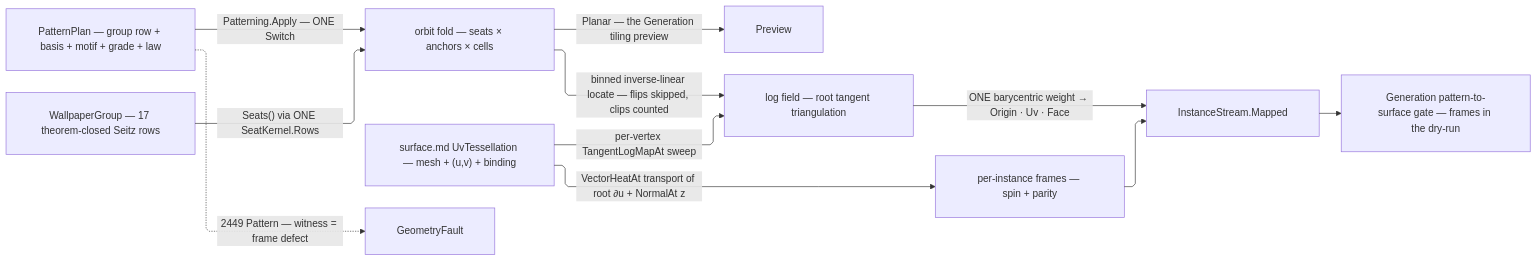
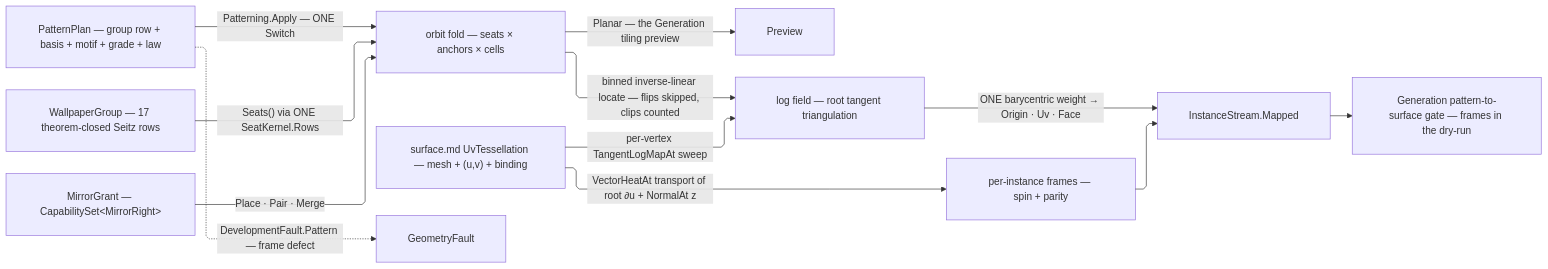
The diagram in libs/csharp/Rasm/.planning/Parametric/patternmap.md (bsamiee/Rasm), drawn with Mermaid before and after one commit. The commit also changed other lines of this file and 818 other files, not shown here.

````diff
--- a/libs/csharp/Rasm/.planning/Parametric/patternmap.md
+++ b/libs/csharp/Rasm/.planning/Parametric/patternmap.md
@@ -304,22 +353,23 @@
 ```mermaid
 ---
 config:
   layout: elk
   flowchart:
     curve: linear
     padding: 25
 ---
 flowchart LR
     accTitle: Pattern orbit and mapping flow
     accDescr: PatternPlan drives the wallpaper orbit fold; Orbit emits the planar stream and Map lifts sites through the log field onto the surface with transported frames.
     Plan["PatternPlan — group row + basis + motif + grade + law"] -->|"Patterning.Apply — ONE Switch"| Orbit["orbit fold — seats × anchors × cells"]
     Groups["WallpaperGroup — 17 theorem-closed Seitz rows"] -->|"Seats() via ONE SeatKernel.Rows"| Orbit
+    Grant["MirrorGrant — CapabilitySet&lt;MirrorRight&gt;"] -->|"Place · Pair · Merge"| Orbit
     Orbit -->|"Planar — the Generation tiling preview"| Preview
     UvT["surface.md UvTessellation — mesh + (u,v) + binding"] -->|"per-vertex TangentLogMapAt sweep"| Log["log field — root tangent triangulation"]
     Orbit -->|"binned inverse-linear locate — flips skipped, clips counted"| Log
     Log -->|"ONE barycentric weight → Origin · Uv · Face"| Stream["InstanceStream.Mapped"]
     UvT -->|"VectorHeatAt transport of root ∂u + NormalAt z"| Frames["per-instance frames — spin + parity"]
     Frames --> Stream
     Stream --> Gate["Generation pattern-to-surface gate — frames in the dry-run"]
-    Plan -.->|"2449 Pattern — witness = frame defect"| GeometryFault
+    Plan -.->|"DevelopmentFault.Pattern — frame defect"| GeometryFault
 ```
````
